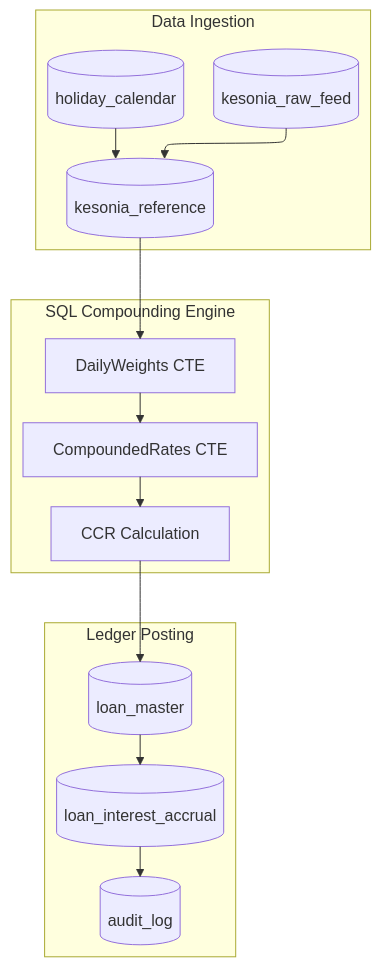
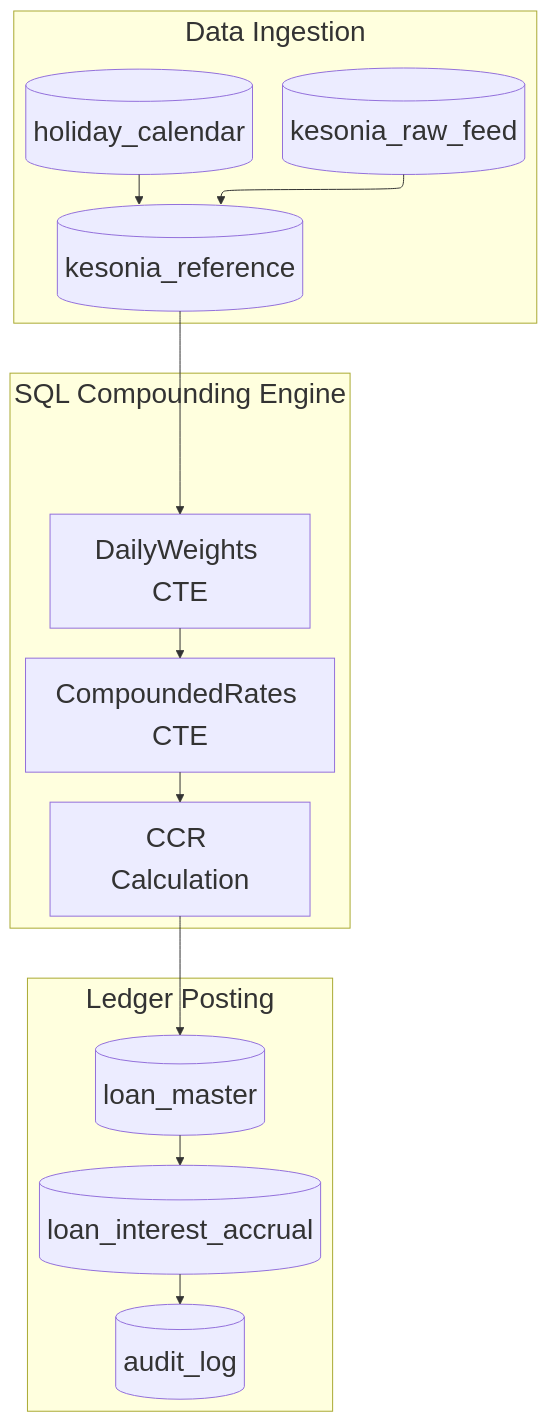
One commit to TheAlchemistNerd/regtech-kesonia-treasury changed the second of 3 diagrams in Part2_Daily_Compounding_Engine_Mathematics_and_SQL.md. Above: the diagram before and after it, drawn with Mermaid. The commit also changed other lines of this file and 21 other files, not shown here.

````diff
--- a/Part2_Daily_Compounding_Engine_Mathematics_and_SQL.md
+++ b/Part2_Daily_Compounding_Engine_Mathematics_and_SQL.md
@@ -190,18 +190,18 @@
 ```mermaid
-%%{init: {"flowchart": {"defaultRenderer": "elk"}, "themeVariables": {"fontSize": "16px", "fontFamily": "arial"}} }%%
+%%{init: {"flowchart": {"defaultRenderer": "elk"}, "themeVariables": {"fontSize": "28px", "fontFamily": "arial"}} }%%
 flowchart TD
     subgraph Ingestion [Data Ingestion]
         D1[(kesonia_raw_feed)] --> D2[(kesonia_reference)]
         D3[(holiday_calendar)] --> D2
     end
     subgraph Processing [SQL Compounding Engine]
         D2 --> P1[DailyWeights CTE]
         P1 --> P2[CompoundedRates CTE]
         P2 --> P3[CCR Calculation]
     end
     subgraph Ledger [Ledger Posting]
         P3 --> L1[(loan_master)]
         L1 --> L2[(loan_interest_accrual)]
         L2 --> L3[(audit_log)]
     end
 ```
````
